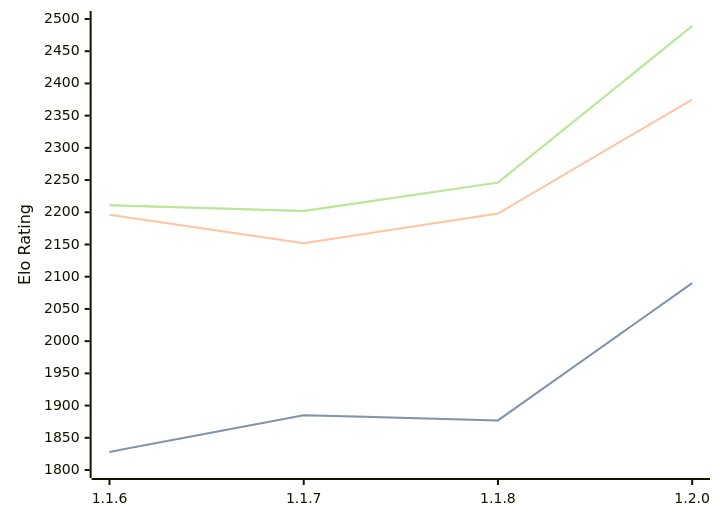
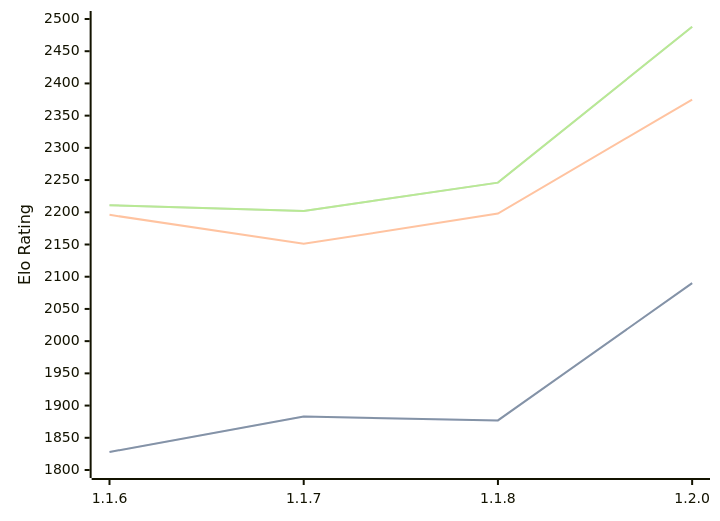
One commit to computer-chess-index/cci changed the diagram in engines/Soomi.md. Above: the diagram before and after it, drawn with Mermaid. The commit also changed other lines of this file, not shown here.

Commit message:
Update CCI Ratings (ELO VLTC) - 2026-02-27

````diff
--- a/engines/Soomi.md
+++ b/engines/Soomi.md
@@ -32,11 +32,11 @@
 ```mermaid
 %%{init: {"theme":"base","themeVariables":{"seriesColors:['#a3a3a3','#222221','#faa371']}}}%%
 xychart-beta
   x-axis ["1.1.6", "1.1.7", "1.1.8", "1.2.0"]
   y-axis "Elo Rating" 1800 --> 2500
-  line "STC (8.0+0.08s)" [1828, 1885, 1877, 2090]
-  line "STC (8.0+0.08s)" [1828, 1885, 1877, 2090]
-  line "LTC (60.0+0.60s)" [2196, 2152, 2198, 2375]
-  line "VLTC (2m24s+1.12s)" [2211, 2202, 2246, 2489]
-  line "VLTC (2m24s+1.12s)" [2211, 2202, 2246, 2489]
+  line "STC (8.0+0.08s)" [1828, 1883, 1877, 2090]
+  line "STC (8.0+0.08s)" [1828, 1883, 1877, 2090]
+  line "LTC (60.0+0.60s)" [2196, 2151, 2198, 2375]
+  line "VLTC (2m24s+1.12s)" [2211, 2202, 2246, 2488]
+  line "VLTC (2m24s+1.12s)" [2211, 2202, 2246, 2488]
 ```
````
